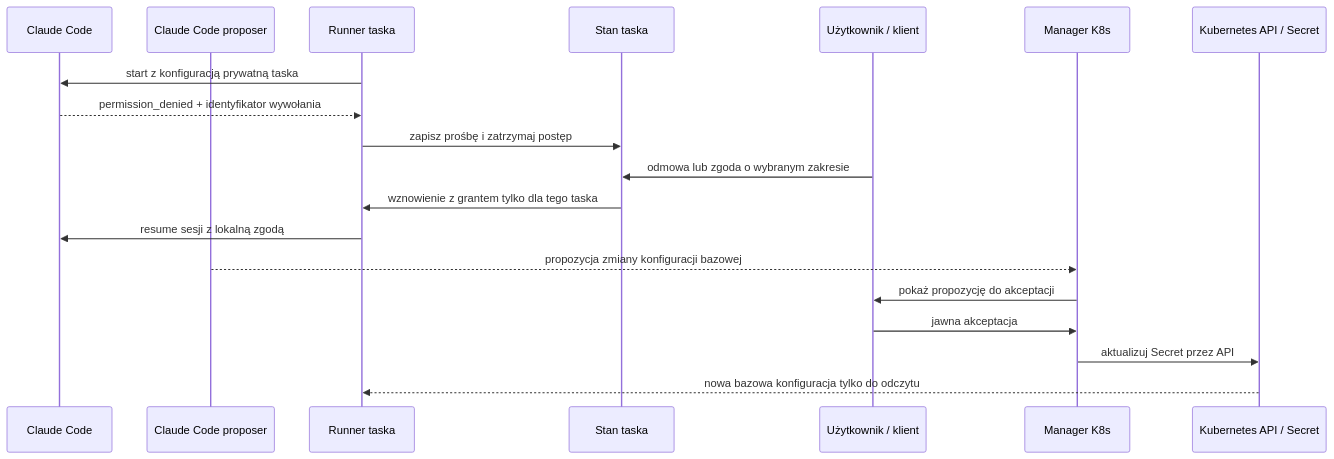
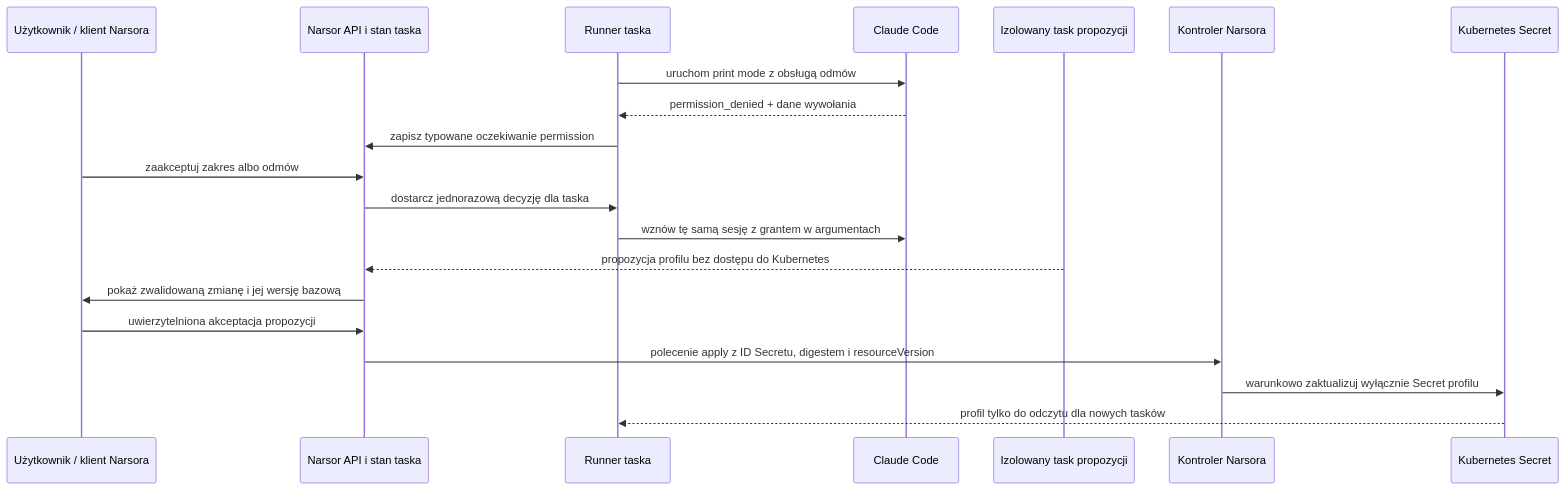
The diagram in docs/plans/2026-10-17-1520-feat-deferred-harness-permissions-plan.md (glakartur/narsor), drawn with Mermaid before and after one commit. The commit also changed other lines of this file and 56 other files, not shown here.

````diff
--- a/docs/plans/2026-10-17-1520-feat-deferred-harness-permissions-plan.md
+++ b/docs/plans/2026-10-17-1520-feat-deferred-harness-permissions-plan.md
@@ -113,23 +116,24 @@
 ```mermaid
 sequenceDiagram
+    participant U as Użytkownik / klient Narsora
+    participant N as Narsor API i stan taska
+    participant R as Runner taska
     participant C as Claude Code
-    participant P as Claude Code proposer
-    participant R as Runner taska
-    participant S as Stan taska
-    participant U as Użytkownik / klient
-    participant M as Manager K8s
-    participant K as Kubernetes API / Secret
+    participant P as Izolowany task propozycji
+    participant Ktrl as Kontroler Narsora
+    participant K as Kubernetes Secret
 
-    R->>C: start z konfiguracją prywatną taska
-    C-->>R: permission_denied + identyfikator wywołania
-    R->>S: zapisz prośbę i zatrzymaj postęp
-    U->>S: odmowa lub zgoda o wybranym zakresie
-    S->>R: wznowienie z grantem tylko dla tego taska
-    R->>C: resume sesji z lokalną zgodą
+    R->>C: uruchom print mode z obsługą odmów
+    C-->>R: permission_denied + dane wywołania
+    R->>N: zapisz typowane oczekiwanie permission
+    U->>N: zaakceptuj zakres albo odmów
+    N->>R: dostarcz jednorazową decyzję dla taska
+    R->>C: wznów tę samą sesję z grantem w argumentach
 
-    P-->>M: propozycja zmiany konfiguracji bazowej
-    M->>U: pokaż propozycję do akceptacji
-    U->>M: jawna akceptacja
-    M->>K: aktualizuj Secret przez API
-    K-->>R: nowa bazowa konfiguracja tylko do odczytu
+    P-->>N: propozycja profilu bez dostępu do Kubernetes
+    N->>U: pokaż zwalidowaną zmianę i jej wersję bazową
+    U->>N: uwierzytelniona akceptacja propozycji
+    N->>Ktrl: polecenie apply z ID Secretu, digestem i resourceVersion
+    Ktrl->>K: warunkowo zaktualizuj wyłącznie Secret profilu
+    K-->>R: profil tylko do odczytu dla nowych tasków
 ```
````
